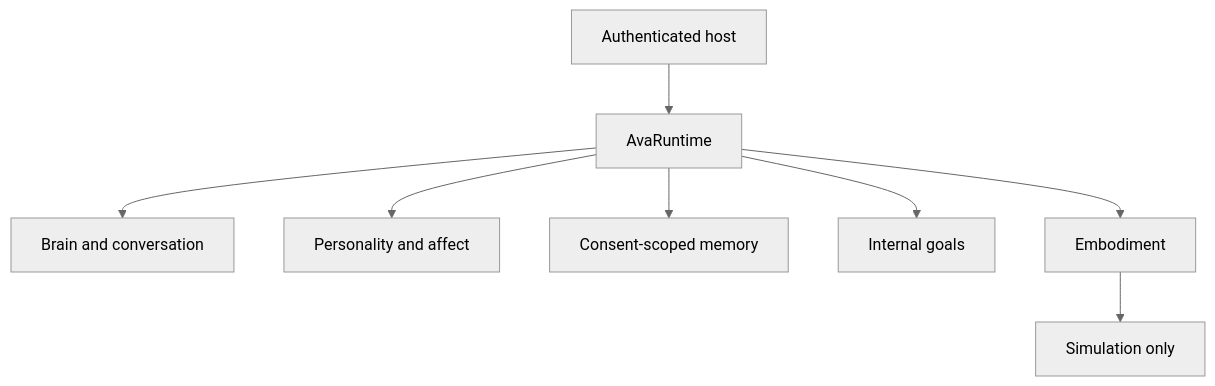
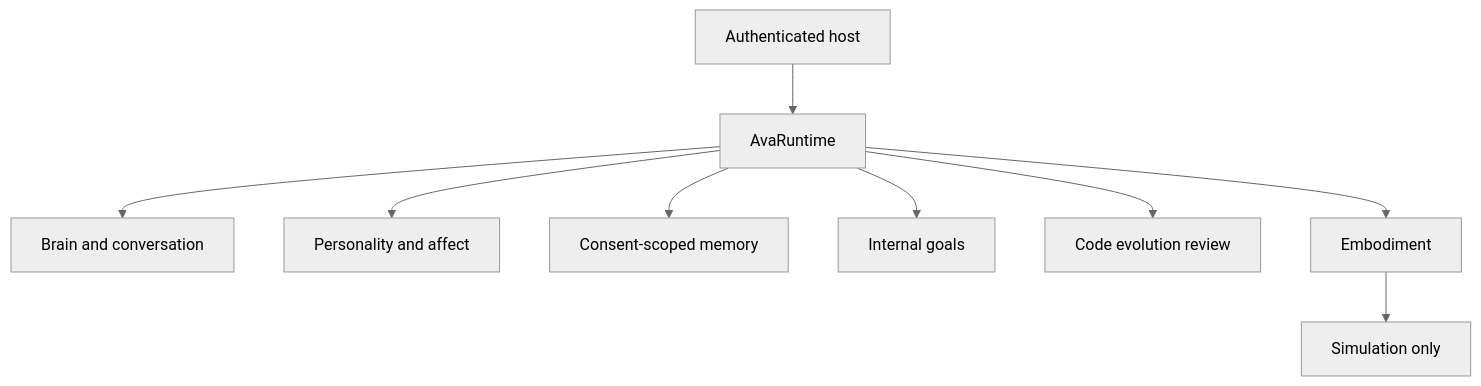
Before and after one commit to mojtabarozegar11-ship-it/Saeit: the diagram in ava_core/ARCHITECTURE.md, drawn with Mermaid (neutral theme). The commit also changed other lines of this file, not shown here.

````diff
--- a/ava_core/ARCHITECTURE.md
+++ b/ava_core/ARCHITECTURE.md
@@ -10,10 +10,11 @@
 ```mermaid
 flowchart TD
   U["Authenticated host"] --> R["AvaRuntime"]
   R --> C["Brain and conversation"]
   R --> A["Personality and affect"]
   R --> M["Consent-scoped memory"]
   R --> G["Internal goals"]
+  R --> V["Code evolution review"]
   R --> E["Embodiment"]
   E --> S["Simulation only"]
 ```
````
